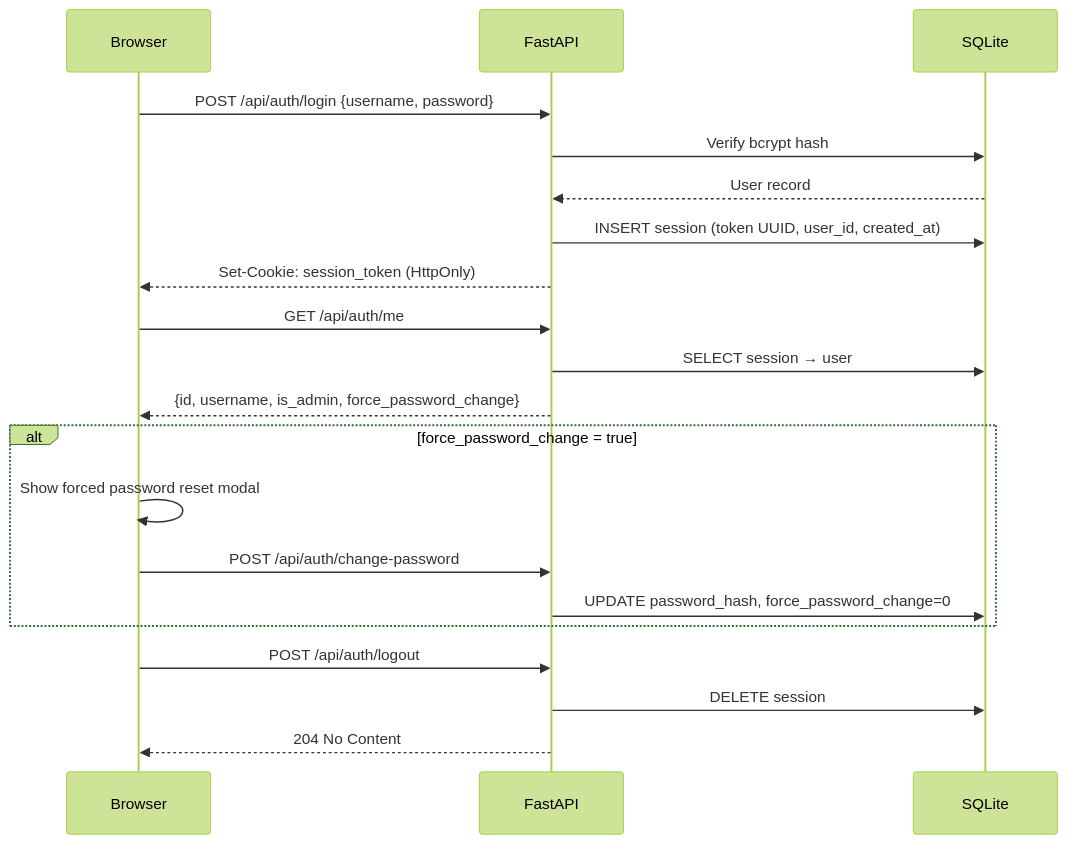
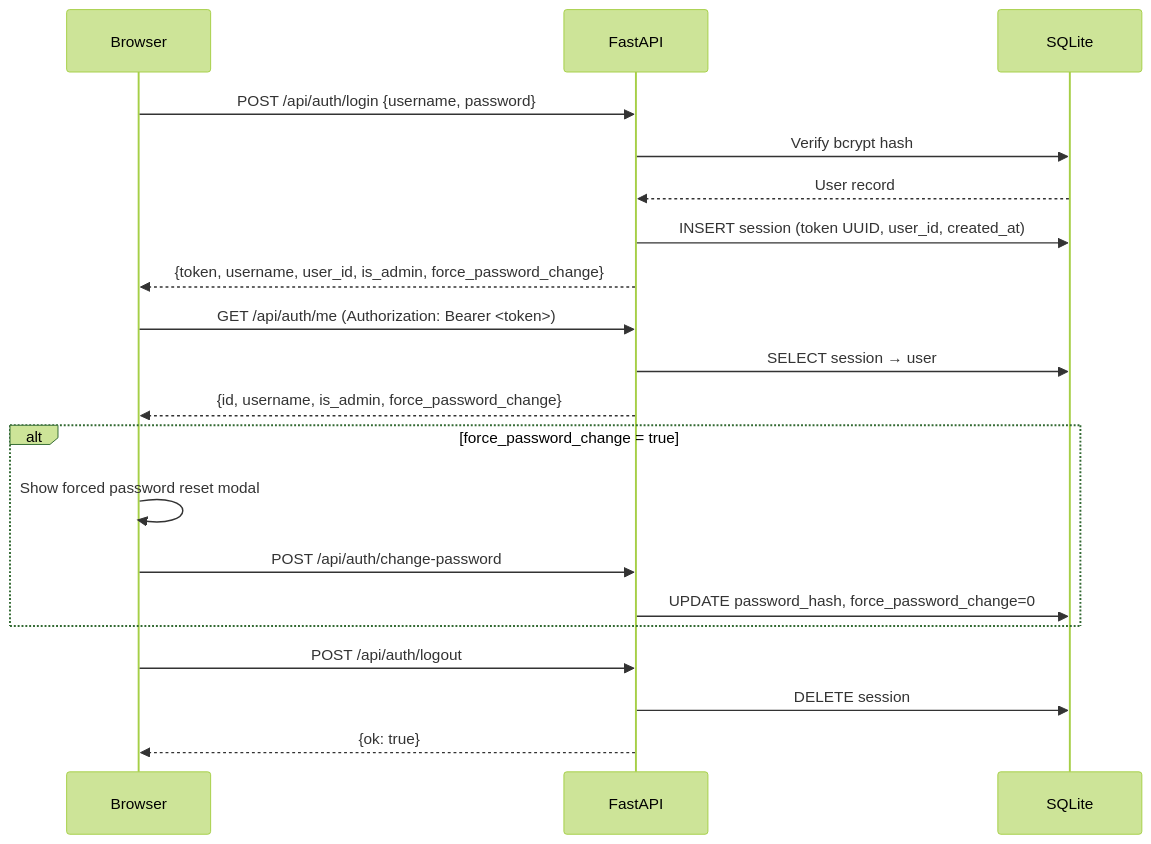
Before and after one commit to Pedr0Teixeira/oci-docgen: the sixth of 7 diagrams in README.md, drawn with Mermaid (forest theme). The commit also changed other lines of this file and 9 other files, not shown here.

Commit message:
feat: Introduce profile active/inactive states, generator wizard step dependency enforcement, and announcements, updating documentation and diagrams.

````diff
--- a/README.md
+++ b/README.md
@@ -237,26 +313,26 @@
 ```mermaid
 sequenceDiagram
- participant B as Browser
- participant A as FastAPI
- participant DB as SQLite
+  participant B as Browser
+  participant A as FastAPI
+  participant DB as SQLite
 
- B->>A: POST /api/auth/login {username, password}
- A->>DB: Verify bcrypt hash
- DB-->>A: User record
- A->>DB: INSERT session (token UUID, user_id, created_at)
- A-->>B: Set-Cookie: session_token (HttpOnly)
+  B->>A: POST /api/auth/login {username, password}
+  A->>DB: Verify bcrypt hash
+  DB-->>A: User record
+  A->>DB: INSERT session (token UUID, user_id, created_at)
+  A-->>B: {token, username, user_id, is_admin, force_password_change}
 
- B->>A: GET /api/auth/me
- A->>DB: SELECT session → user
- A-->>B: {id, username, is_admin, force_password_change}
+  B->>A: GET /api/auth/me (Authorization: Bearer <token>)
+  A->>DB: SELECT session → user
+  A-->>B: {id, username, is_admin, force_password_change}
 
- alt force_password_change = true
- B->>B: Show forced password reset modal
- B->>A: POST /api/auth/change-password
- A->>DB: UPDATE password_hash, force_password_change=0
- end
+  alt force_password_change = true
+    B->>B: Show forced password reset modal
+    B->>A: POST /api/auth/change-password
+    A->>DB: UPDATE password_hash, force_password_change=0
+  end
 
- B->>A: POST /api/auth/logout
- A->>DB: DELETE session
- A-->>B: 204 No Content
+  B->>A: POST /api/auth/logout
+  A->>DB: DELETE session
+  A-->>B: {ok: true}
 ```
````
